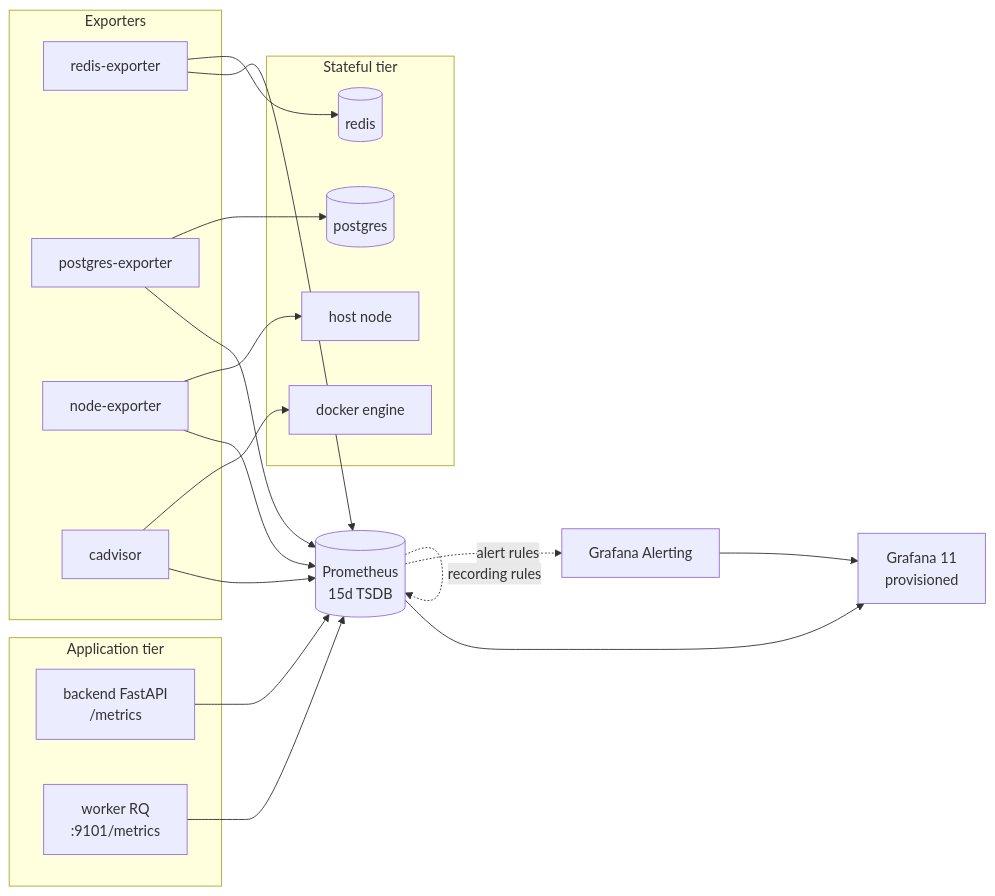
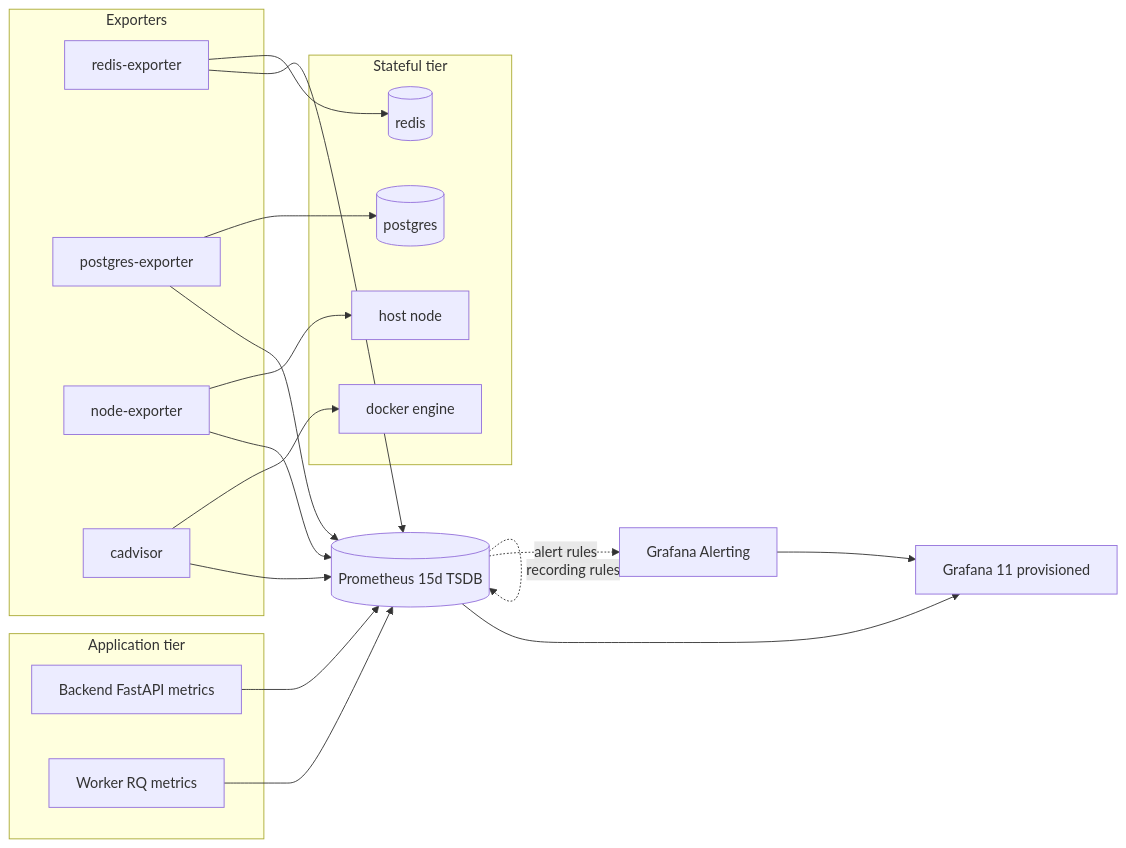
One commit to nikhil-87/CodeSensei changed the diagram in docs/testing/verification/Phase-09-Observability-Verification.md. Above: the diagram before and after it, drawn with Mermaid. The commit also changed 25 other files, not shown here.

Commit message:
docs: initialize comprehensive technical documentation, architecture diagrams, and verification guides in vault and docs directories

````diff
--- a/docs/testing/verification/Phase-09-Observability-Verification.md
+++ b/docs/testing/verification/Phase-09-Observability-Verification.md
@@ -42,41 +42,41 @@
 ```mermaid
 flowchart LR
     subgraph App["Application tier"]
-        BE[backend FastAPI<br/>/metrics]
-        WK[worker RQ<br/>:9101/metrics]
+        BE[Backend FastAPI metrics]
+        WK[Worker RQ metrics]
     end
 
     subgraph Exporters
         RE[redis-exporter]
         PE[postgres-exporter]
         NE[node-exporter]
         CA[cadvisor]
     end
 
     subgraph Storage["Stateful tier"]
         RD[(redis)]
         PG[(postgres)]
         OS[host node]
         DK[docker engine]
     end
 
     RE --> RD
     PE --> PG
     NE --> OS
     CA --> DK
 
-    PR[(Prometheus<br/>15d TSDB)]
+    PR[(Prometheus 15d TSDB)]
     BE --> PR
     WK --> PR
     RE --> PR
     PE --> PR
     NE --> PR
     CA --> PR
 
     PR -.->|recording rules| PR
     PR -.->|alert rules| ALR[Grafana Alerting]
 
-    GF[Grafana 11<br/>provisioned]
+    GF[Grafana 11 provisioned]
     PR --> GF
     ALR --> GF
 ```
````
